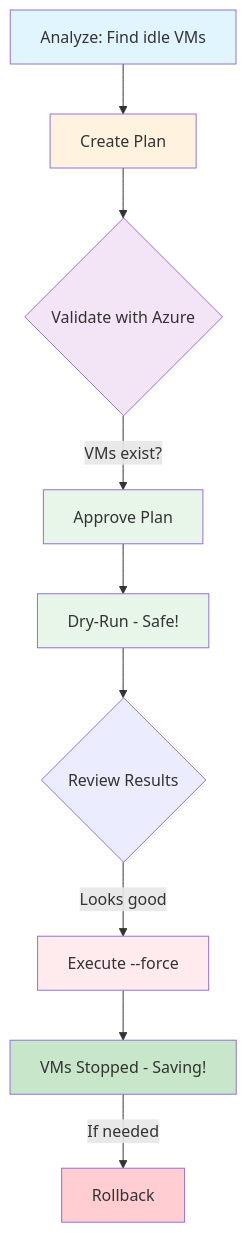
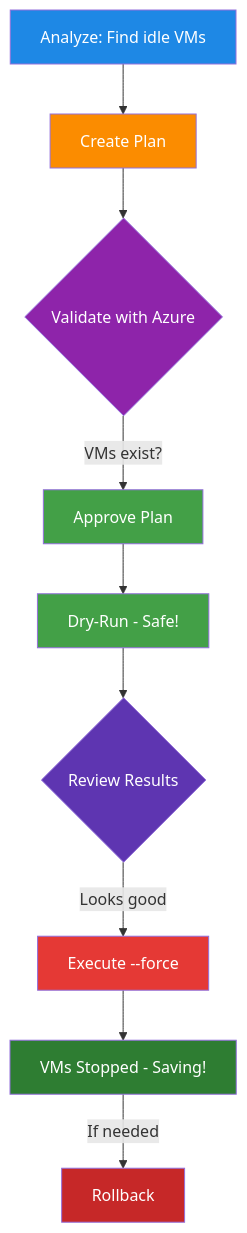
One commit to vedanta/dfo changed the first of 2 diagrams in docs/EXECUTION_WORKFLOW_GUIDE.md. Above: the diagram before and after it, drawn with Mermaid. The commit also changed other lines of this file, not shown here.

First line of the commit message:
docs: Use dark-mode friendly colors in Mermaid diagrams

````diff
--- a/docs/EXECUTION_WORKFLOW_GUIDE.md
+++ b/docs/EXECUTION_WORKFLOW_GUIDE.md
@@ -36,20 +36,21 @@
 ```mermaid
 flowchart TD
     A[Analyze: Find idle VMs] --> B[Create Plan]
     B --> C{Validate with Azure}
     C -->|VMs exist?| D[Approve Plan]
     D --> E[Dry-Run - Safe!]
     E --> F{Review Results}
     F -->|Looks good| G[Execute --force]
     G --> H[VMs Stopped - Saving!]
     H -->|If needed| I[Rollback]
 
-    style A fill:#e1f5fe
-    style B fill:#fff3e0
-    style C fill:#f3e5f5
-    style D fill:#e8f5e9
-    style E fill:#e8f5e9
-    style G fill:#ffebee
-    style H fill:#c8e6c9
-    style I fill:#ffcdd2
+    style A fill:#1e88e5,color:#fff
+    style B fill:#fb8c00,color:#fff
+    style C fill:#8e24aa,color:#fff
+    style D fill:#43a047,color:#fff
+    style E fill:#43a047,color:#fff
+    style F fill:#5e35b1,color:#fff
+    style G fill:#e53935,color:#fff
+    style H fill:#2e7d32,color:#fff
+    style I fill:#c62828,color:#fff
 ```
````
